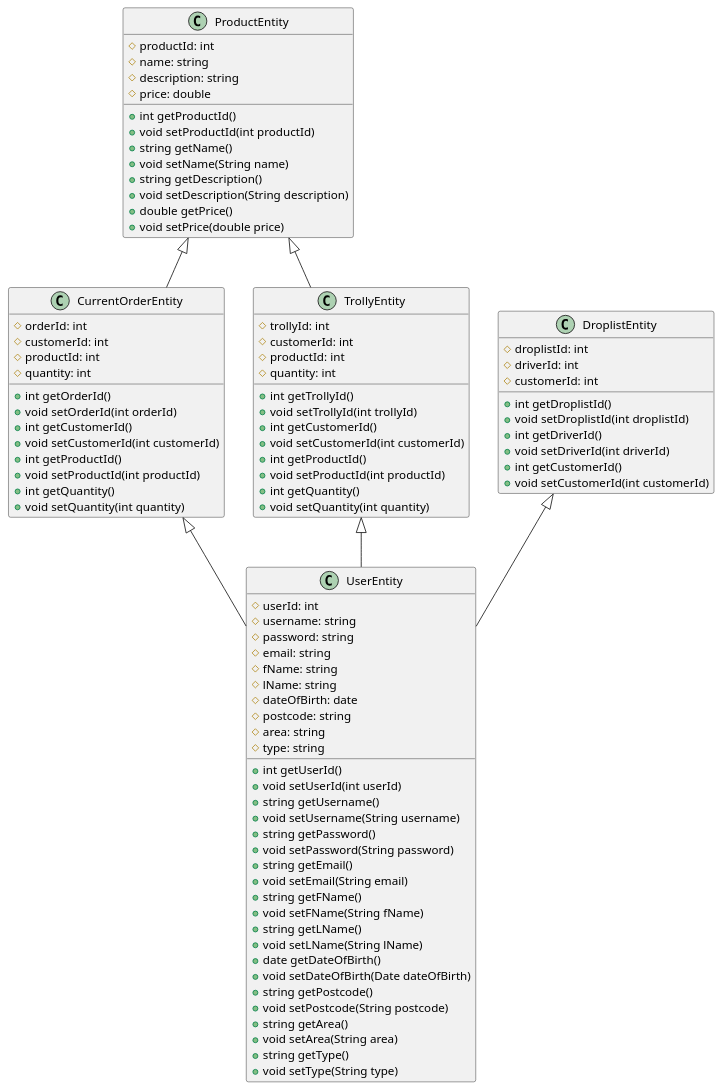
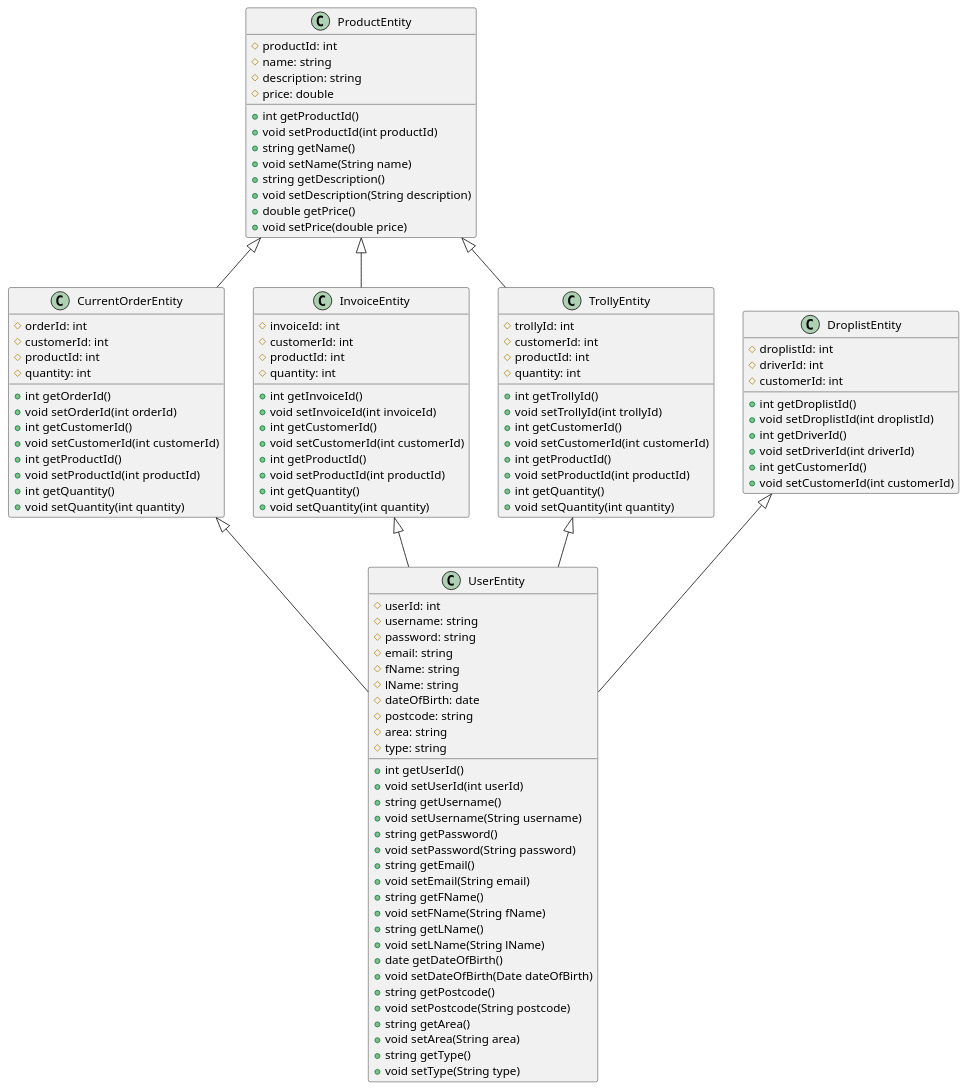
Before and after one commit to avahora866/dev-backend: the diagram in src/main/java/com/milk4u/doorstep/delivery/entity/Entities.puml, drawn with PlantUML. The commit also changed 3 other files, not shown here.

```diff
--- a/src/main/java/com/milk4u/doorstep/delivery/entity/Entities.puml
+++ b/src/main/java/com/milk4u/doorstep/delivery/entity/Entities.puml
@@ -1,100 +1,117 @@
 @startuml
 'https://plantuml.com/class-diagram
 class UserEntity {
     #userId: int
     #username: string
     #password: string
     #email: string
     #fName: string
     #lName: string
     #dateOfBirth: date
     #postcode: string
     #area: string
     #type: string
     +int getUserId()
     +void setUserId(int userId)
     +string getUsername()
     +void setUsername(String username)
     +string getPassword()
     +void setPassword(String password)
     +string getEmail()
     +void setEmail(String email)
     +string getFName()
     +void setFName(String fName)
     +string getLName()
     +void setLName(String lName)
     +date getDateOfBirth()
     +void setDateOfBirth(Date dateOfBirth)
     +string getPostcode()
     +void setPostcode(String postcode)
     +string getArea()
     +void setArea(String area)
     +string getType()
     +void setType(String type)
 }
 
 class CurrentOrderEntity {
     #orderId: int
     #customerId: int
     #productId: int
     #quantity: int
     +int getOrderId()
     +void setOrderId(int orderId)
+    +int getCustomerId()
+    +void setCustomerId(int customerId)
+    +int getProductId()
+    +void setProductId(int productId)
+    +int getQuantity()
+    +void setQuantity(int quantity)
+}
+
+class InvoiceEntity {
+    #invoiceId: int
+    #customerId: int
+    #productId: int
+    #quantity: int
+    +int getInvoiceId()
+    +void setInvoiceId(int invoiceId)
     +int getCustomerId()
     +void setCustomerId(int customerId)
     +int getProductId()
     +void setProductId(int productId)
     +int getQuantity()
     +void setQuantity(int quantity)
 }
 
 class TrollyEntity  {
     #trollyId: int
     #customerId: int
     #productId: int
     #quantity: int
     +int getTrollyId()
     +void setTrollyId(int trollyId)
     +int getCustomerId()
     +void setCustomerId(int customerId)
     +int getProductId()
     +void setProductId(int productId)
     +int getQuantity()
     +void setQuantity(int quantity)
 }
 
 class DroplistEntity {
     #droplistId: int
     #driverId: int
     #customerId: int
     +int getDroplistId()
     +void setDroplistId(int droplistId)
     +int getDriverId()
     +void setDriverId(int driverId)
     +int getCustomerId()
     +void setCustomerId(int customerId)
 }
 
 class ProductEntity {
     #productId: int
     #name: string
     #description: string
     #price: double
     +int getProductId()
     +void setProductId(int productId)
     +string getName()
     +void setName(String name)
     +string getDescription()
     +void setDescription(String description)
     +double getPrice()
     +void setPrice(double price)
 
 }
 
+InvoiceEntity <|-- UserEntity
 CurrentOrderEntity <|-- UserEntity
 TrollyEntity <|-- UserEntity
 DroplistEntity <|-- UserEntity
 ProductEntity <|-- CurrentOrderEntity
 ProductEntity <|-- TrollyEntity
+ProductEntity <|-- InvoiceEntity
 
 @enduml
```
